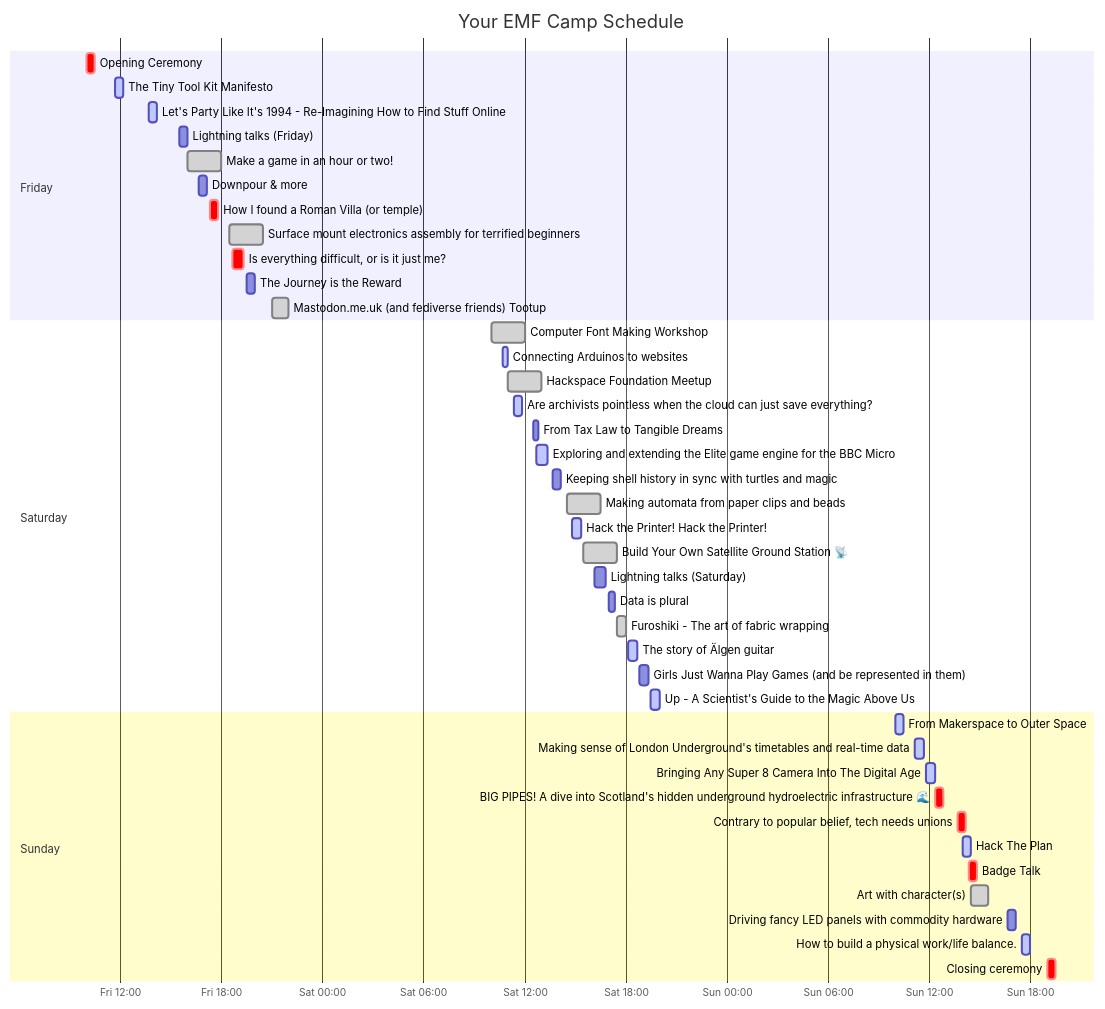
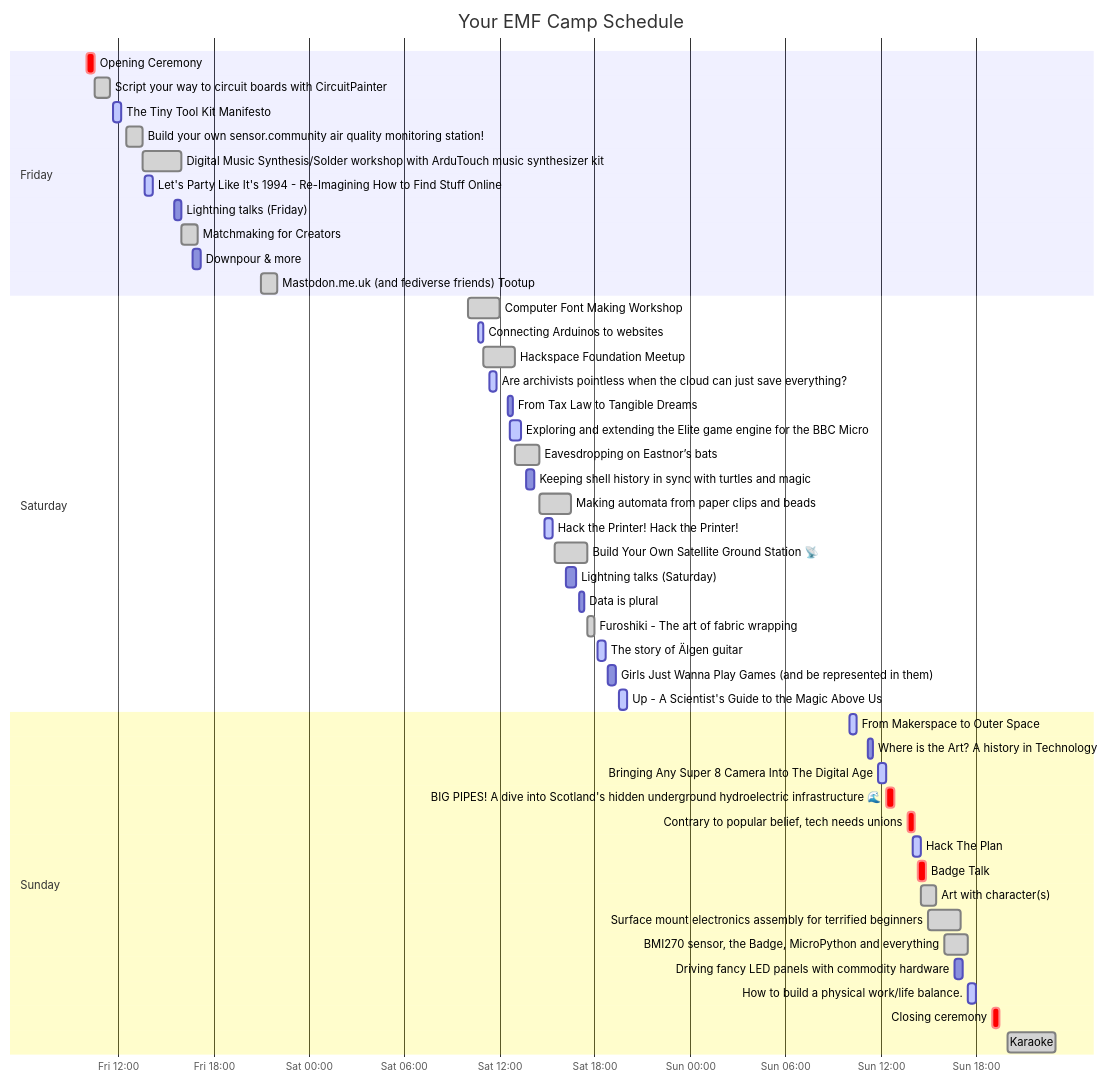
The diagram in readme.md (andypiper/EMF-Camp-Schedule-Viewer), drawn with Mermaid before and after one commit.

Commit message:
my updated schedule

````diff
--- a/readme.md
+++ b/readme.md
@@ -4,47 +4,50 @@
 ```mermaid
 gantt
     title Your EMF Camp Schedule
     dateFormat YYYY-MM-DD HH:mm
     axisFormat %a %H:%M
     section Friday
       Opening Ceremony  :crit, 2024-05-31 10:00, 30m
+      Script your way to circuit boards with CircuitPainter  :done, 2024-05-31 10:30, 60m
       The Tiny Tool Kit Manifesto  :active, 2024-05-31 11:40, 30m
+      Build your own sensor.community air quality monitoring station!  :done, 2024-05-31 12:30, 60m
+      Digital Music Synthesis/Solder workshop with ArduTouch music synthesizer kit  :done, 2024-05-31 13:30, 150m
       Let's Party Like It's 1994 - Re-Imagining How to Find Stuff Online  :active, 2024-05-31 13:40, 30m
       Lightning talks (Friday)  :2024-05-31 15:30, 30m
-      Make a game in an hour or two!  :done, 2024-05-31 16:00, 120m
+      Matchmaking for Creators  :done, 2024-05-31 16:00, 60m
       Downpour & more  :2024-05-31 16:40, 30m
-      How I found a Roman Villa (or temple)  :crit, 2024-05-31 17:20, 30m
-      Surface mount electronics assembly for terrified beginners  :done, 2024-05-31 18:30, 120m
-      Is everything difficult, or is it just me?  :crit, 2024-05-31 18:40, 40m
-      The Journey is the Reward  :2024-05-31 19:30, 30m
       Mastodon.me.uk (and fediverse friends) Tootup  :done, 2024-05-31 21:00, 60m
     section Saturday
       Computer Font Making Workshop  :done, 2024-06-01 10:00, 120m
       Connecting Arduinos to websites  :active, 2024-06-01 10:40, 20m
       Hackspace Foundation Meetup  :done, 2024-06-01 11:00, 120m
       Are archivists pointless when the cloud can just save everything?  :active, 2024-06-01 11:20, 30m
       From Tax Law to Tangible Dreams  :2024-06-01 12:30, 20m
       Exploring and extending the Elite game engine for the BBC Micro  :active, 2024-06-01 12:40, 40m
+      Eavesdropping on Eastnor’s bats  :done, 2024-06-01 13:00, 90m
       Keeping shell history in sync with turtles and magic  :2024-06-01 13:40, 30m
       Making automata from paper clips and beads  :done, 2024-06-01 14:30, 120m
       Hack the Printer! Hack the Printer!  :active, 2024-06-01 14:50, 30m
       Build Your Own Satellite Ground Station 📡  :done, 2024-06-01 15:30, 120m
       Lightning talks  (Saturday)  :2024-06-01 16:10, 40m
       Data is plural  :2024-06-01 17:00, 20m
       Furoshiki - The art of fabric wrapping  :done, 2024-06-01 17:30, 30m
       The story of Älgen guitar  :active, 2024-06-01 18:10, 30m
       Girls Just Wanna Play Games (and be represented in them)  :2024-06-01 18:50, 30m
       Up - A Scientist's Guide to the Magic Above Us  :active, 2024-06-01 19:30, 30m
     section Sunday
       From Makerspace to Outer Space  :active, 2024-06-02 10:00, 30m
-      Making sense of London Underground's timetables and real-time data  :active, 2024-06-02 11:10, 30m
+      Where is the Art? A history in Technology  :2024-06-02 11:10, 20m
       Bringing Any Super 8 Camera Into The Digital Age  :active, 2024-06-02 11:50, 30m
       BIG PIPES! A dive into Scotland's hidden underground hydroelectric infrastructure 🌊  :crit, 2024-06-02 12:20, 30m
       Contrary to popular belief, tech needs unions  :crit, 2024-06-02 13:40, 30m
       Hack The Plan  :active, 2024-06-02 14:00, 30m
       Badge Talk  :crit, 2024-06-02 14:20, 30m
       Art with character(s)  :done, 2024-06-02 14:30, 60m
+      Surface mount electronics assembly for terrified beginners  :done, 2024-06-02 15:00, 120m
+      BMI270 sensor, the Badge, MicroPython and everything  :done, 2024-06-02 16:00, 90m
       Driving fancy LED panels with commodity hardware  :2024-06-02 16:40, 30m
       How to build a physical work/life balance.  :active, 2024-06-02 17:30, 30m
       Closing ceremony  :crit, 2024-06-02 19:00, 30m
+      Karaoke  :done, 2024-06-02 20:00, 180m
 ```
````
